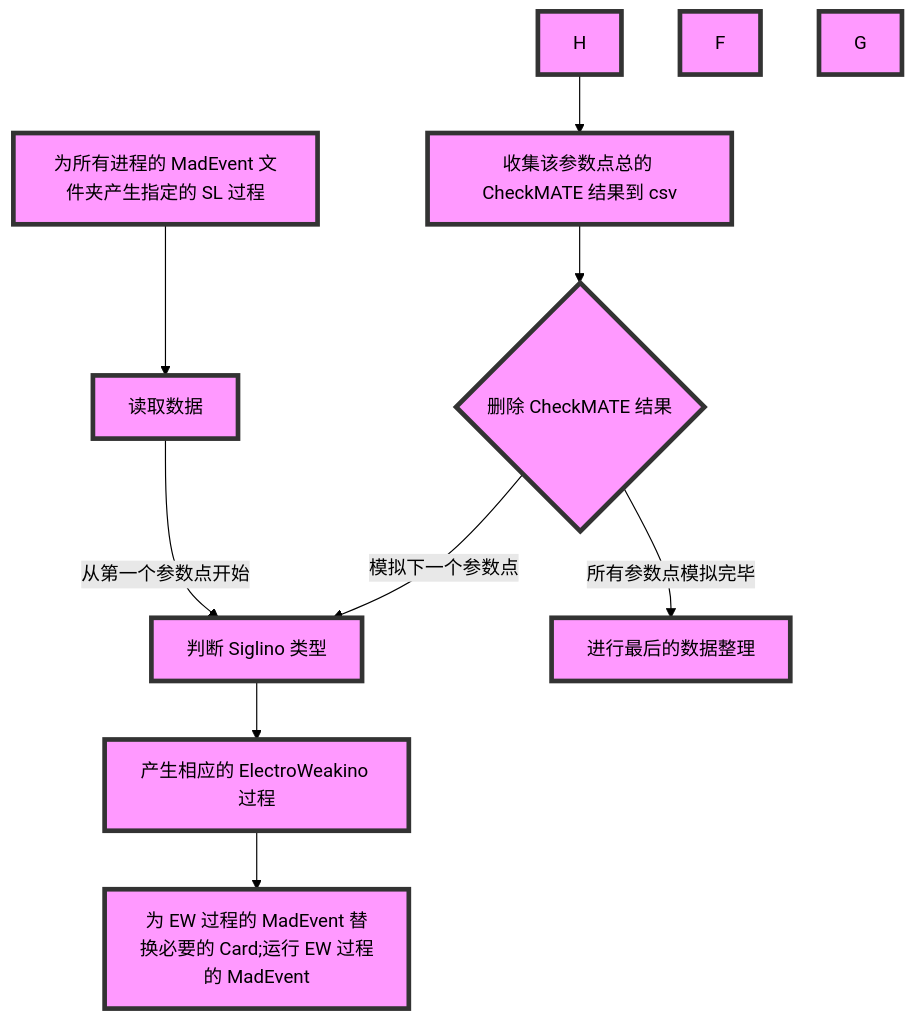
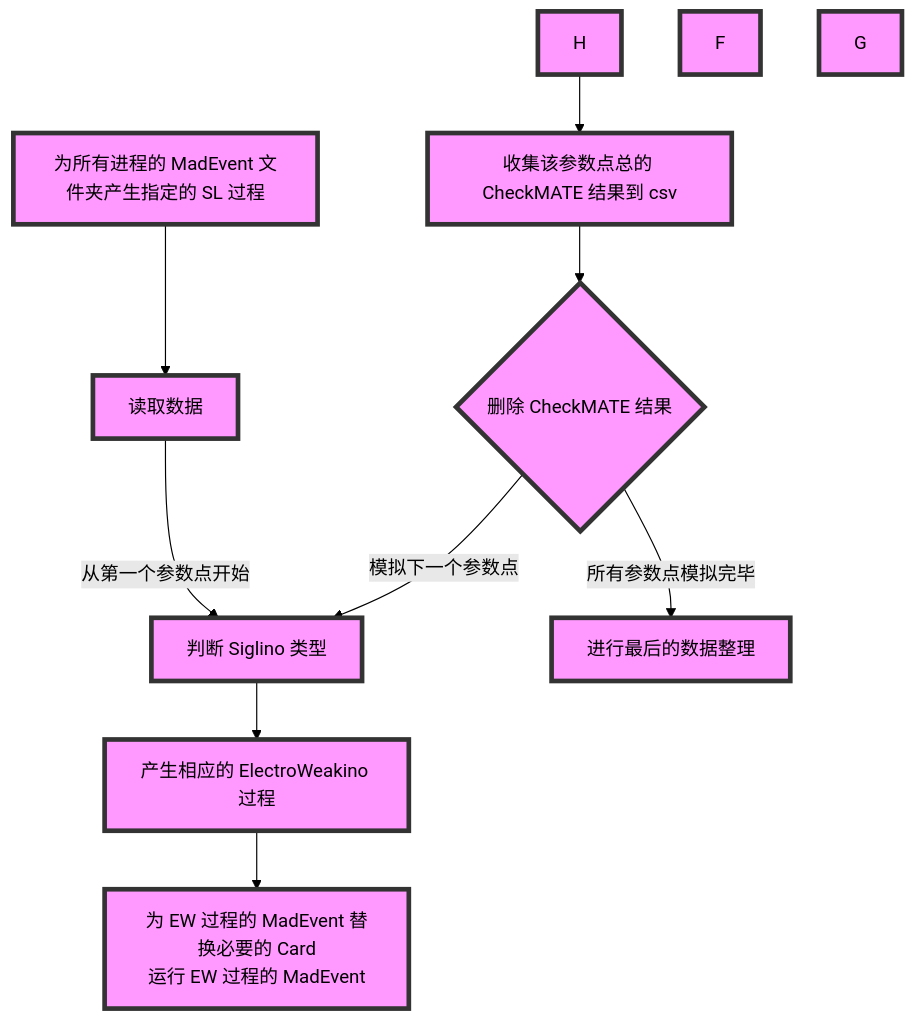
One commit to vooum/SUSYphe changed the first of 10 diagrams in README.md. Above: the diagram before and after it, drawn with Mermaid (forest theme).

Commit message:
测试

````diff
--- a/README.md
+++ b/README.md
@@ -60,22 +60,22 @@
 ```mermaid
 graph TB
     A[为所有进程的 MadEvent 文件夹产生指定的 SL 过程] --> B[读取数据];
     B --> |从第一个参数点开始| C[判断 Siglino 类型];
     C --> D[产生相应的 ElectroWeakino 过程];
-    D --> E[为 EW 过程的 MadEvent 替换必要的 Card;运行 EW 过程的 MadEvent];
+    D --> E[为 EW 过程的 MadEvent 替换必要的 Card<br/>运行 EW 过程的 MadEvent];
     H --> I[收集该参数点总的 CheckMATE 结果到 csv];
     I --> J{删除 CheckMATE 结果};
     J --> |模拟下一个参数点|C;
     J --> |所有参数点模拟完毕|K[进行最后的数据整理];
     style A fill:#f9f,stroke:#333,stroke-width:4px;
     style B fill:#f9f,stroke:#333,stroke-width:4px;
     style C fill:#f9f,stroke:#333,stroke-width:4px;
     style D fill:#f9f,stroke:#333,stroke-width:4px;
     style E fill:#f9f,stroke:#333,stroke-width:4px;
     style F fill:#f9f,stroke:#333,stroke-width:4px;
     style G fill:#f9f,stroke:#333,stroke-width:4px;
     style H fill:#f9f,stroke:#333,stroke-width:4px;
     style I fill:#f9f,stroke:#333,stroke-width:4px;
     style J fill:#f9f,stroke:#333,stroke-width:4px;
     style K fill:#f9f,stroke:#333,stroke-width:4px;
 ```
````
